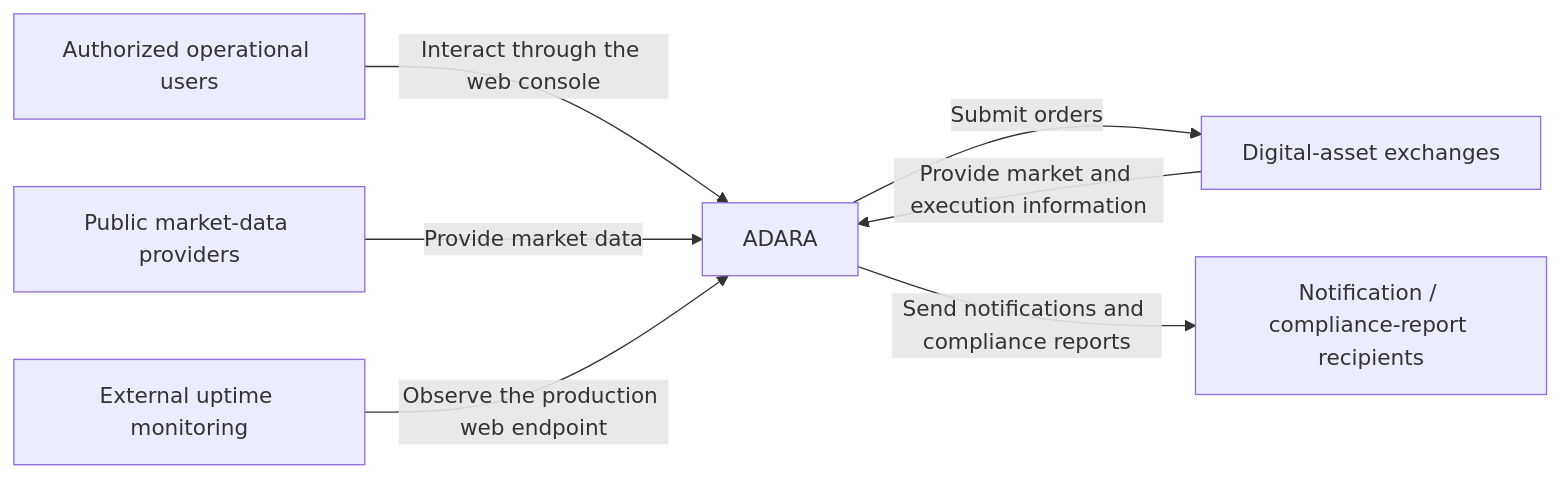
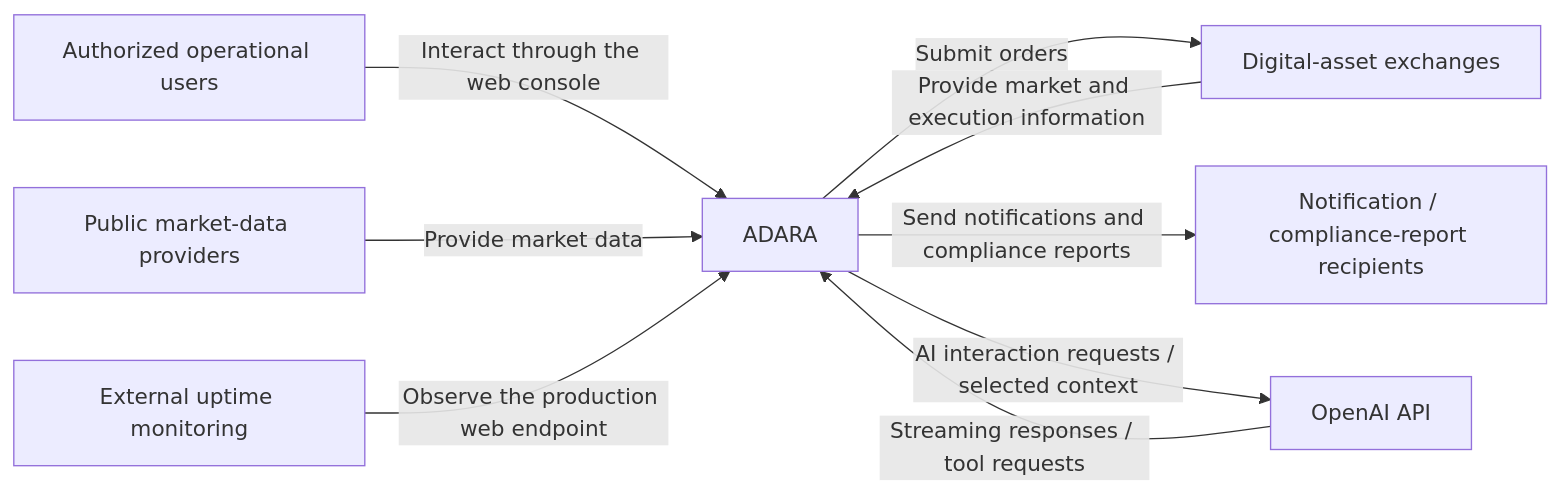
One commit to gabrielesor/adara-public-case-study changed the diagram in diagrams/system-context.md. Above: the diagram before and after it, drawn with Mermaid. The commit also changed other lines of this file and 8 other files, not shown here.

````diff
--- a/diagrams/system-context.md
+++ b/diagrams/system-context.md
@@ -5,16 +5,19 @@
 ```mermaid
 flowchart LR
     users["Authorized operational users"]
     providers["Public market-data providers"]
     exchanges["Digital-asset exchanges"]
     recipients["Notification / compliance-report recipients"]
     monitoring["External uptime monitoring"]
+    aiService["OpenAI API"]
     adara["ADARA"]
 
     users -->|"Interact through the web console"| adara
     providers -->|"Provide market data"| adara
     exchanges -->|"Provide market and execution information"| adara
     adara -->|"Submit orders"| exchanges
     adara -->|"Send notifications and compliance reports"| recipients
     monitoring -->|"Observe the production web endpoint"| adara
+    adara -->|"AI interaction requests / selected context"| aiService
+    aiService -->|"Streaming responses / tool requests"| adara
 ```
````
